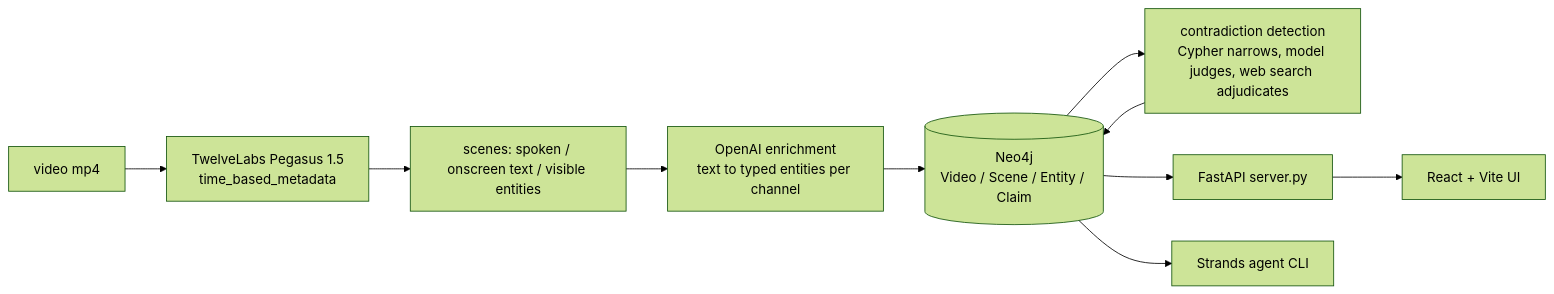
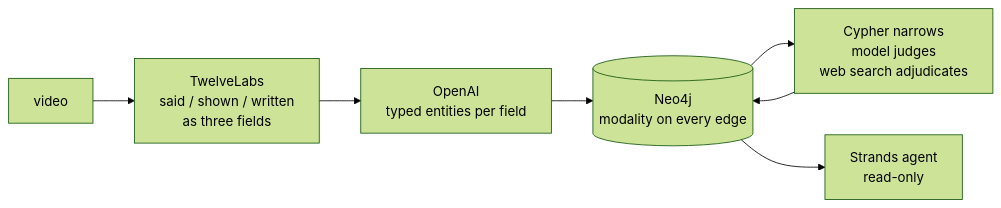
Before and after one commit to Princeu3/unreliable-narrator: the diagram in README.md, drawn with Mermaid (forest theme). The commit also changed other lines of this file and 9 other files, not shown here.

First line of the commit message:
Split README into a visual overview and TECHNICAL.md, widen the graph

````diff
--- a/README.md
+++ b/README.md
@@ -22,12 +58,9 @@
 ```mermaid
 flowchart LR
-  V[video mp4] --> TL[TwelveLabs Pegasus 1.5<br/>time_based_metadata]
-  TL --> S[scenes: spoken / onscreen text / visible entities]
-  S --> OA[OpenAI enrichment<br/>text to typed entities per channel]
-  OA --> N[(Neo4j<br/>Video / Scene / Entity / Claim)]
-  N --> C[contradiction detection<br/>Cypher narrows, model judges, web search adjudicates]
+  V[video] --> TL[TwelveLabs<br/>said / shown / written<br/>as three fields]
+  TL --> OA[OpenAI<br/>typed entities per field]
+  OA --> N[(Neo4j<br/>modality on every edge)]
+  N --> C[Cypher narrows<br/>model judges<br/>web search adjudicates]
   C --> N
-  N --> API[FastAPI server.py]
-  API --> UI[React + Vite UI]
-  N --> AG[Strands agent CLI]
+  N --> AG[Strands agent<br/>read-only]
 ```
````
